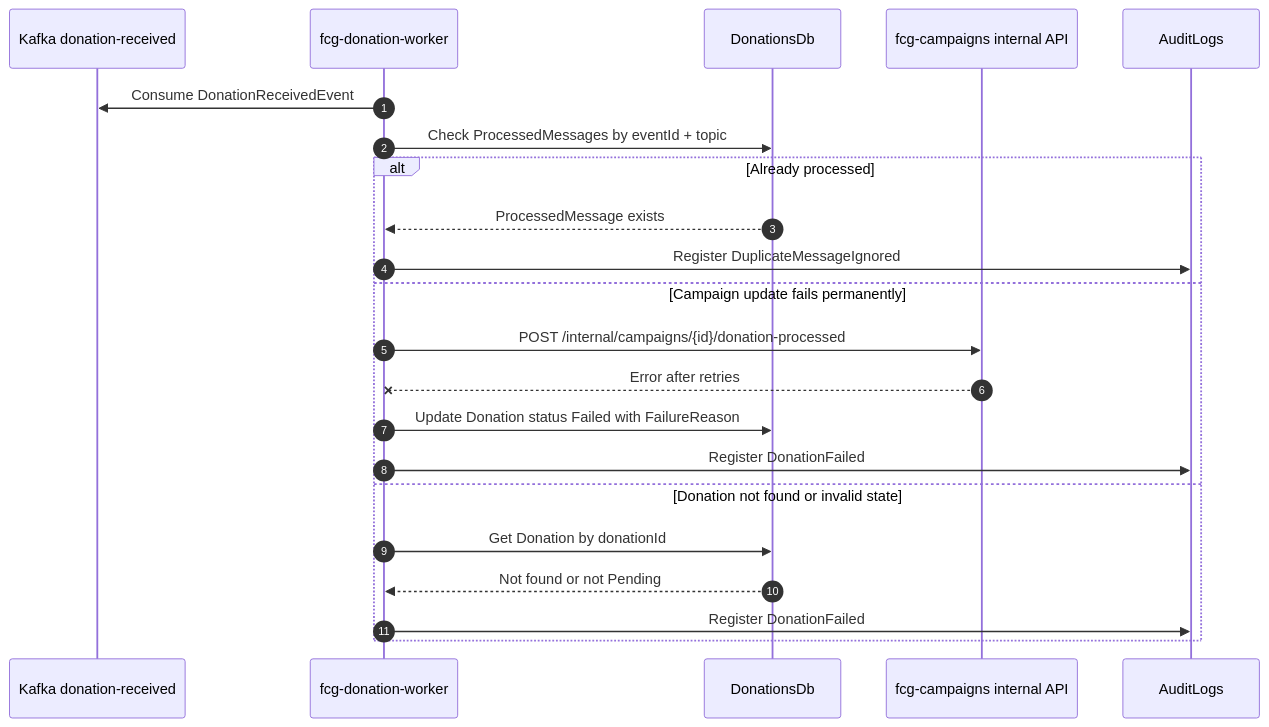
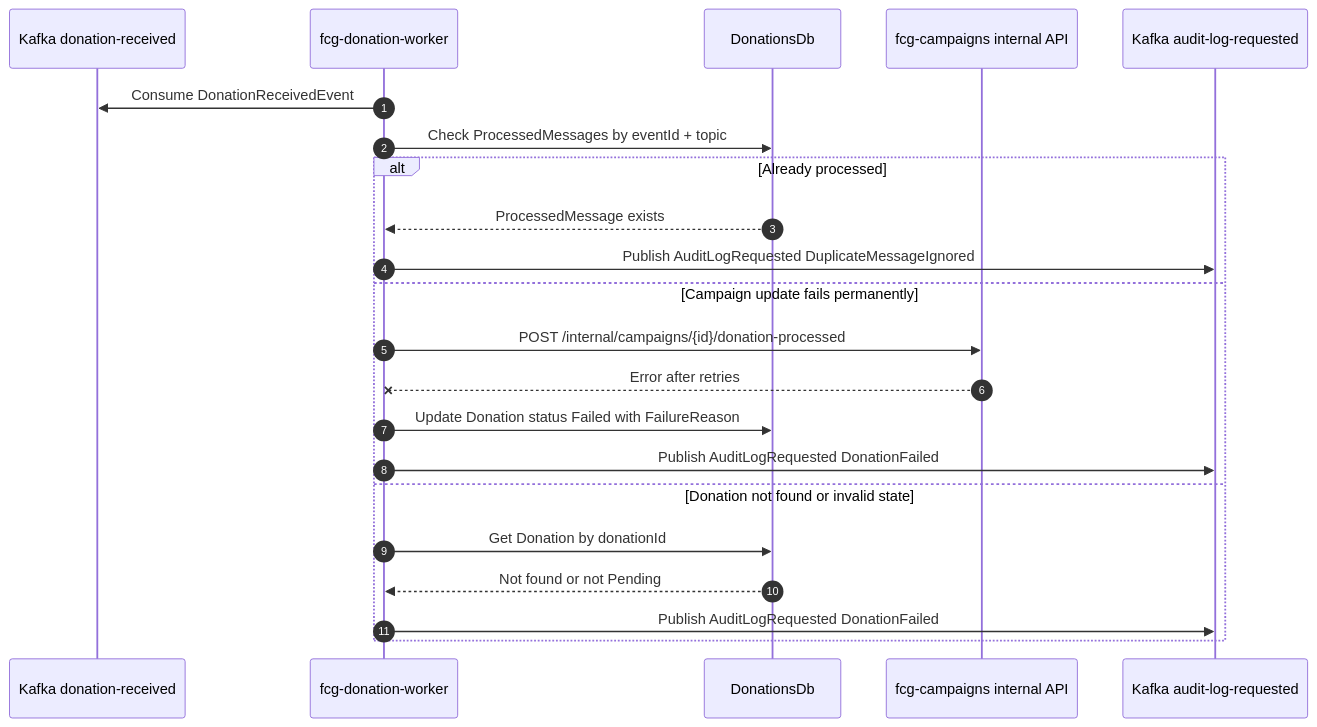
Before and after one commit to group10-tc-01/fcs-fase05-docs: diagram 28 of 30 in architecture/endpoint-flows.md, drawn with Mermaid. The commit also changed other lines of this file and 15 other files, not shown here.

````diff
--- a/architecture/endpoint-flows.md
+++ b/architecture/endpoint-flows.md
@@ -594,25 +594,25 @@
 ```mermaid
 sequenceDiagram
     autonumber
     participant Kafka as Kafka donation-received
     participant Worker as fcg-donation-worker
     participant DonationsDb as DonationsDb
     participant CampaignsApi as fcg-campaigns internal API
-    participant Audit as AuditLogs
+    participant AuditKafka as Kafka audit-log-requested
 
     Worker->>Kafka: Consume DonationReceivedEvent
     Worker->>DonationsDb: Check ProcessedMessages by eventId + topic
     alt Already processed
         DonationsDb-->>Worker: ProcessedMessage exists
-        Worker->>Audit: Register DuplicateMessageIgnored
+        Worker->>AuditKafka: Publish AuditLogRequested DuplicateMessageIgnored
     else Campaign update fails permanently
         Worker->>CampaignsApi: POST /internal/campaigns/{id}/donation-processed
         CampaignsApi--x Worker: Error after retries
         Worker->>DonationsDb: Update Donation status Failed with FailureReason
-        Worker->>Audit: Register DonationFailed
+        Worker->>AuditKafka: Publish AuditLogRequested DonationFailed
     else Donation not found or invalid state
         Worker->>DonationsDb: Get Donation by donationId
         DonationsDb-->>Worker: Not found or not Pending
-        Worker->>Audit: Register DonationFailed
+        Worker->>AuditKafka: Publish AuditLogRequested DonationFailed
     end
 ```
````
